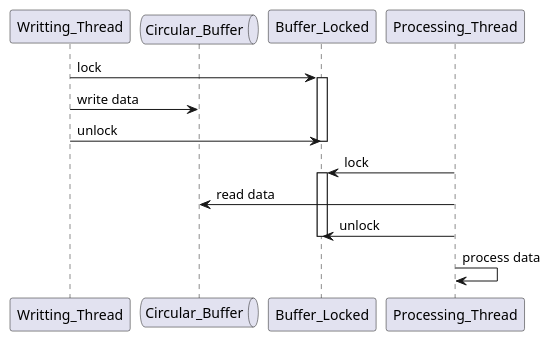
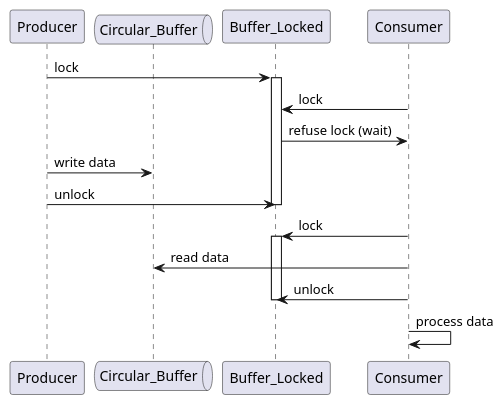
One commit to ThePension/ArcStreamLabs changed the diagram in doc/diagrams/Threads_sequence.puml. Above: the diagram before and after it, drawn with PlantUML. The commit also changed 2 other files, not shown here.

Commit message:
Update sequence diagramm

```diff
--- a/doc/diagrams/Threads_sequence.puml
+++ b/doc/diagrams/Threads_sequence.puml
@@ -1,21 +1,23 @@
 @startuml Threads_sequence
-participant Writting_Thread as th1
+participant Producer as th1
 queue   Circular_Buffer as buff
 participant Buffer_Locked as locked
-participant Processing_Thread as th2
+participant Consumer as th2
 
 th1 -> locked : lock
 activate locked
+th2 -> locked : lock
+locked -> th2 : refuse lock (wait)
 th1 -> buff : write data
 th1 -> locked : unlock
 deactivate locked
 
 th2 -> locked : lock
 activate locked
 th2 -> buff : read data
 th2 -> locked : unlock
 deactivate locked
 
 th2 -> th2 : process data
 
 @enduml
```
